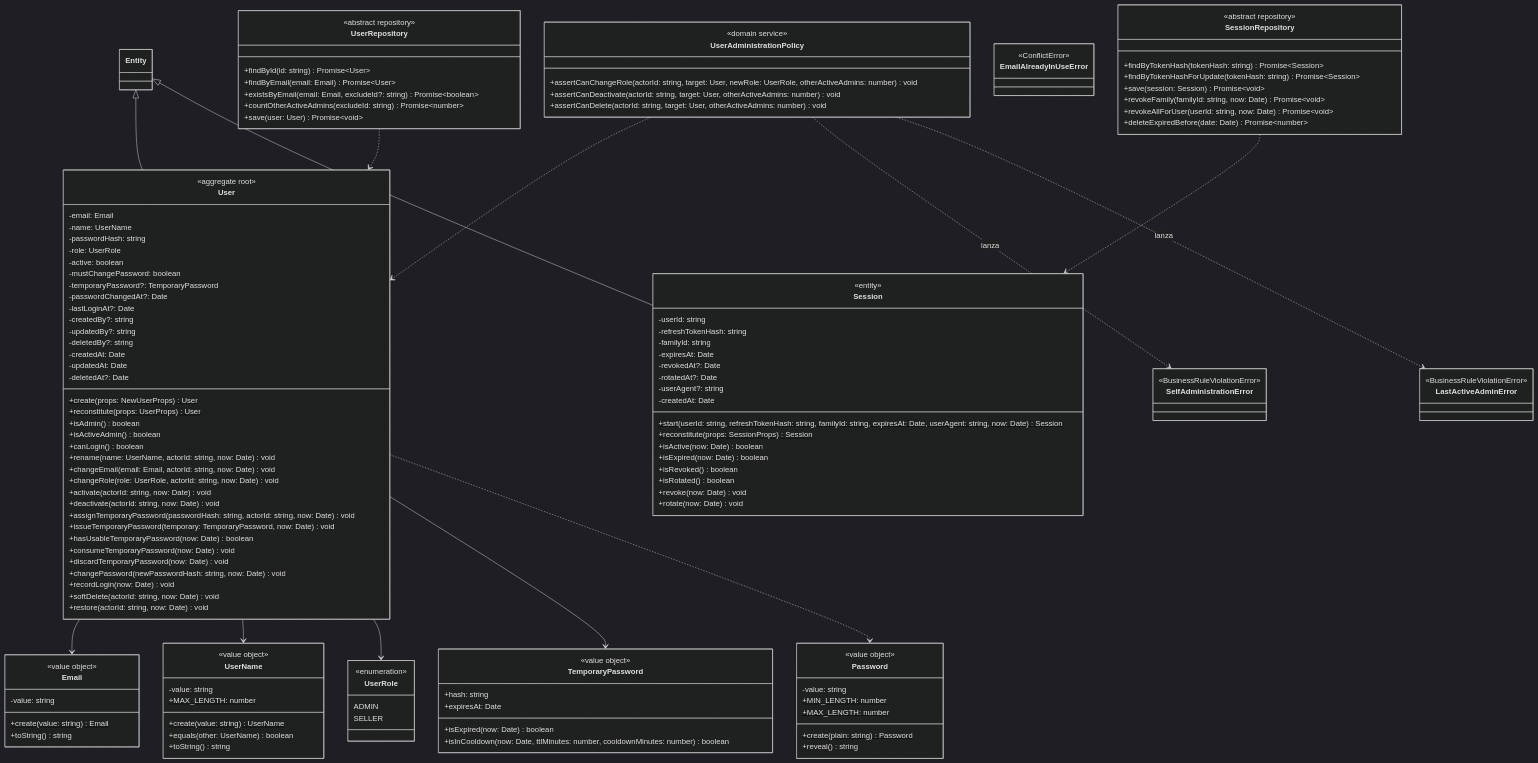
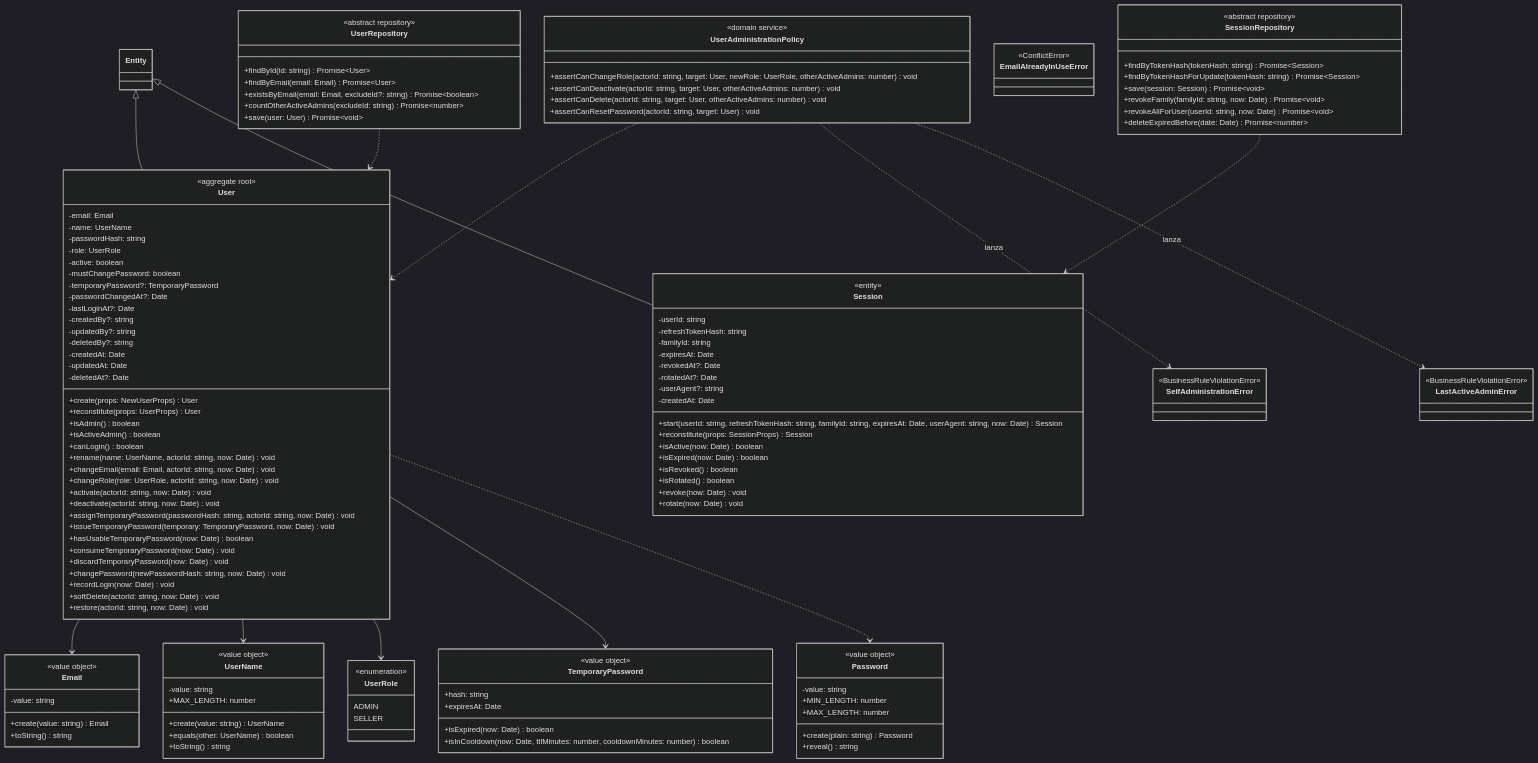
Before and after one commit to FrancoGhilardi/TFI-TUP-Ghilardi-Chiaravalloti: the third of 11 diagrams in backend/docs/Backend.md, drawn with Mermaid (dark theme). The commit also changed other lines of this file and 19 other files, not shown here.

```diff
--- a/backend/docs/Backend.md
+++ b/backend/docs/Backend.md
@@ -573,6 +573,7 @@
         +assertCanChangeRole(actorId: string, target: User, newRole: UserRole, otherActiveAdmins: number) void
         +assertCanDeactivate(actorId: string, target: User, otherActiveAdmins: number) void
         +assertCanDelete(actorId: string, target: User, otherActiveAdmins: number) void
+        +assertCanResetPassword(actorId: string, target: User) void
     }
 
     class UserRepository {
```
